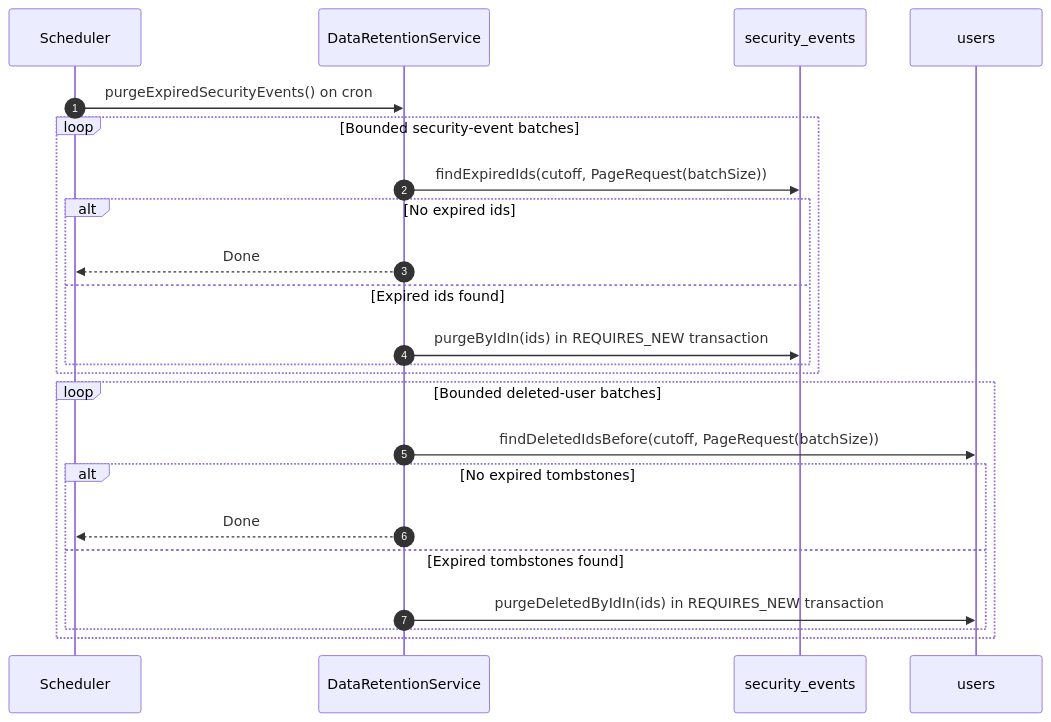
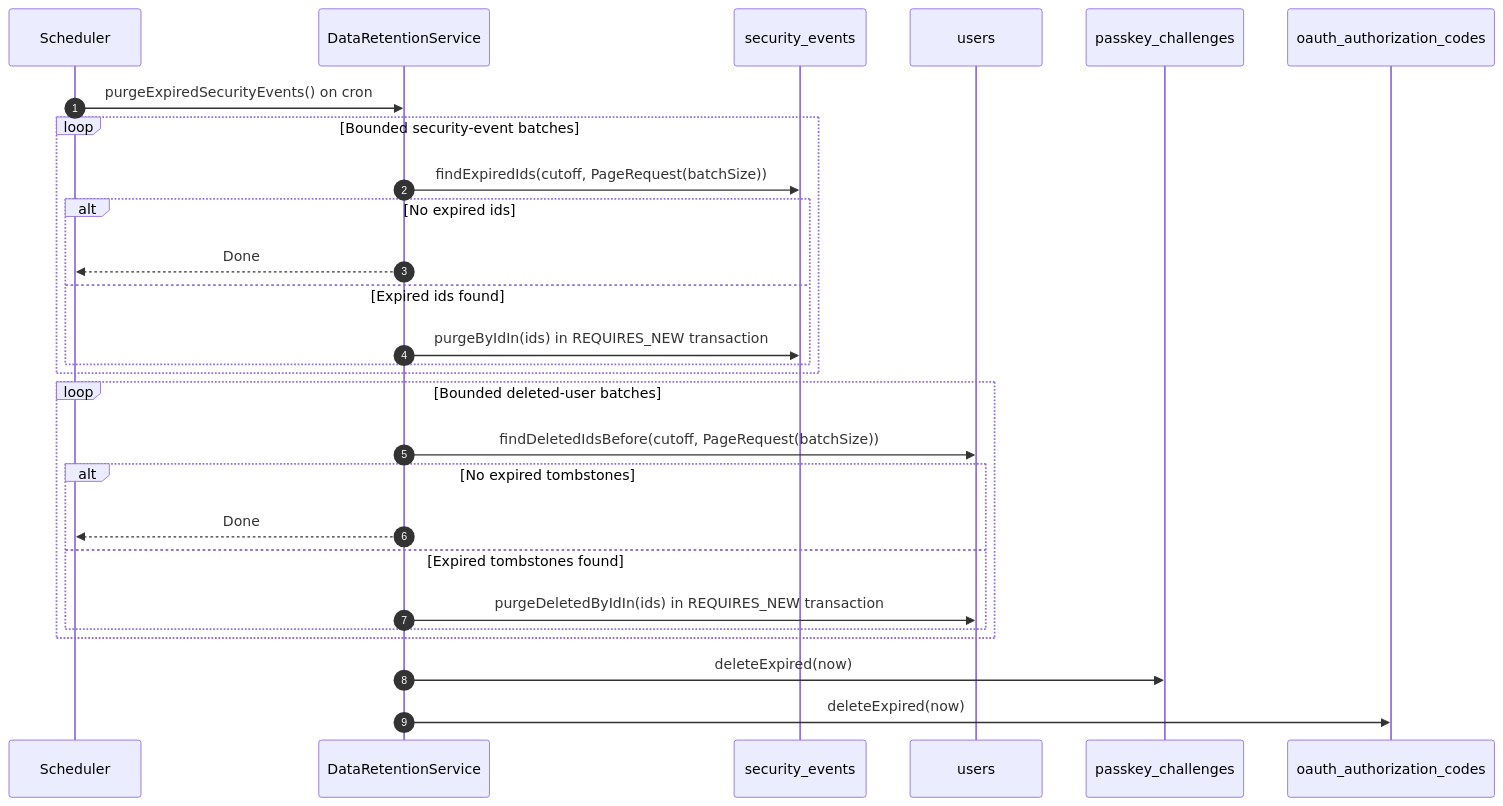
One commit to brenomega/authkit changed diagram 26 of 26 in SYSTEM_USE_CASE_FLOWS.md. Above: the diagram before and after it, drawn with Mermaid. The commit also changed other lines of this file and 68 other files, not shown here.

````diff
--- a/SYSTEM_USE_CASE_FLOWS.md
+++ b/SYSTEM_USE_CASE_FLOWS.md
@@ -1010,26 +1267,30 @@
 ```mermaid
 sequenceDiagram
     autonumber
     participant SCH as Scheduler
     participant DRS as DataRetentionService
     participant SE as security_events
     participant DB as users
+    participant PK as passkey_challenges
+    participant OA as oauth_authorization_codes
 
     SCH->>DRS: purgeExpiredSecurityEvents() on cron
     loop Bounded security-event batches
         DRS->>SE: findExpiredIds(cutoff, PageRequest(batchSize))
         alt No expired ids
             DRS-->>SCH: Done
         else Expired ids found
             DRS->>SE: purgeByIdIn(ids) in REQUIRES_NEW transaction
         end
     end
     loop Bounded deleted-user batches
         DRS->>DB: findDeletedIdsBefore(cutoff, PageRequest(batchSize))
         alt No expired tombstones
             DRS-->>SCH: Done
         else Expired tombstones found
             DRS->>DB: purgeDeletedByIdIn(ids) in REQUIRES_NEW transaction
         end
     end
+    DRS->>PK: deleteExpired(now)
+    DRS->>OA: deleteExpired(now)
 ```
````
